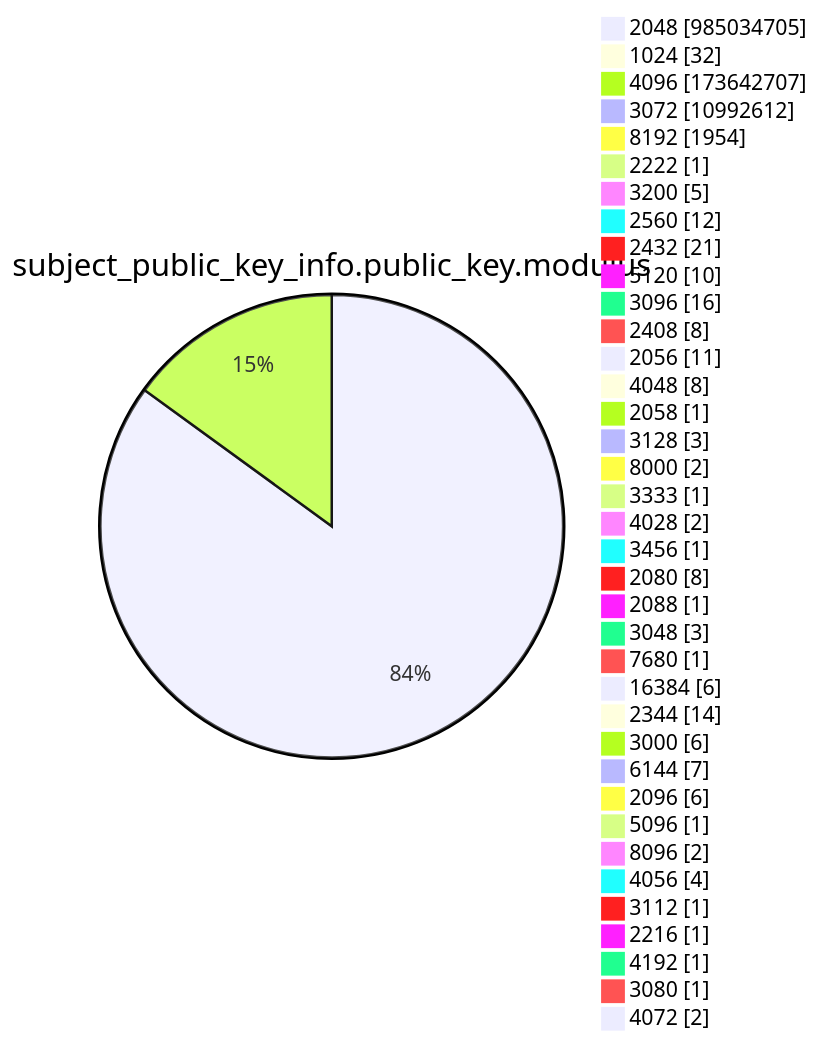
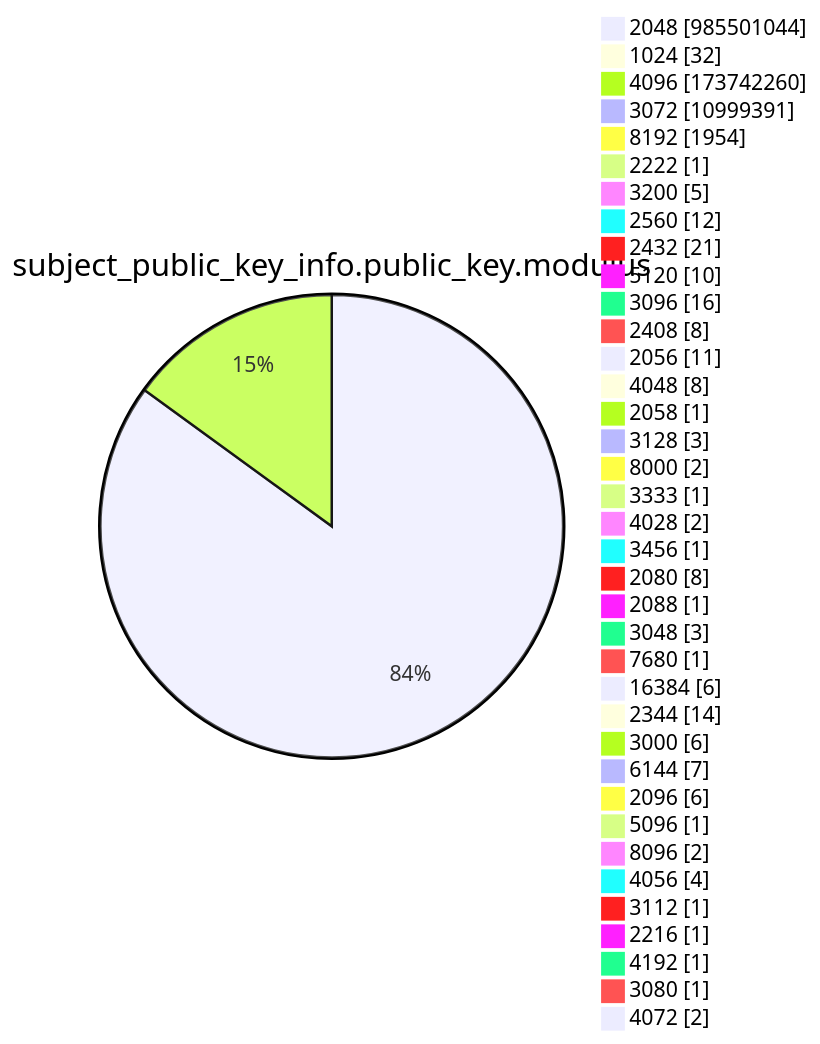
One commit to christiankrug/ctmonitor_visualization changed diagram 13 of 15 in argon2022/README.md. Above: the diagram before and after it, drawn with Mermaid. The commit also changed other lines of this file, not shown here.

````diff
--- a/argon2022/README.md
+++ b/argon2022/README.md
@@ -3587,41 +3587,41 @@
 ```mermaid
 pie showData
 title subject_public_key_info.public_key.modulus
-"2048" :985034705
+"2048" :985501044
 "1024" :32
-"4096" :173642707
-"3072" :10992612
+"4096" :173742260
+"3072" :10999391
 "8192" :1954
 "2222" :1
 "3200" :5
 "2560" :12
 "2432" :21
 "5120" :10
 "3096" :16
 "2408" :8
 "2056" :11
 "4048" :8
 "2058" :1
 "3128" :3
 "8000" :2
 "3333" :1
 "4028" :2
 "3456" :1
 "2080" :8
 "2088" :1
 "3048" :3
 "7680" :1
 "16384" :6
 "2344" :14
 "3000" :6
 "6144" :7
 "2096" :6
 "5096" :1
 "8096" :2
 "4056" :4
 "3112" :1
 "2216" :1
 "4192" :1
 "3080" :1
 "4072" :2
 ```
````
